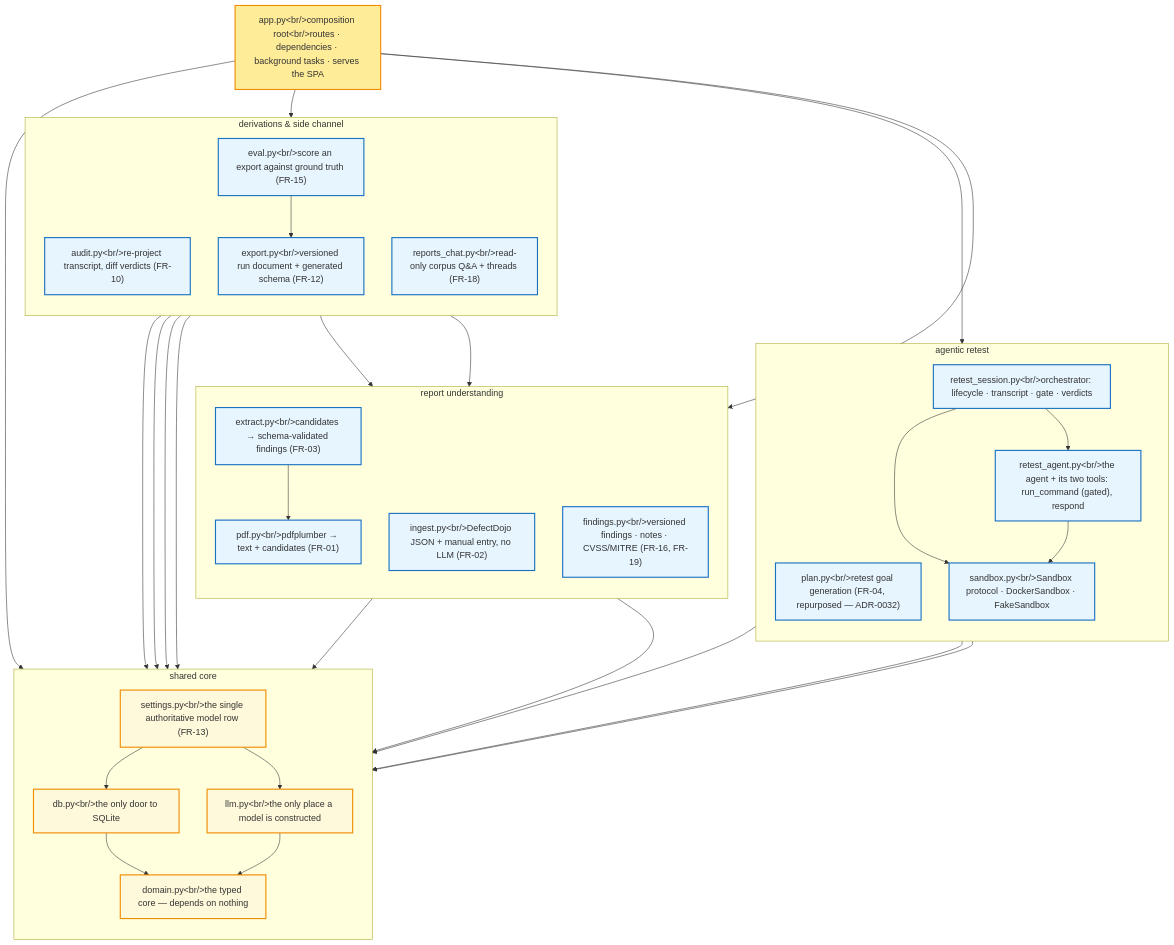
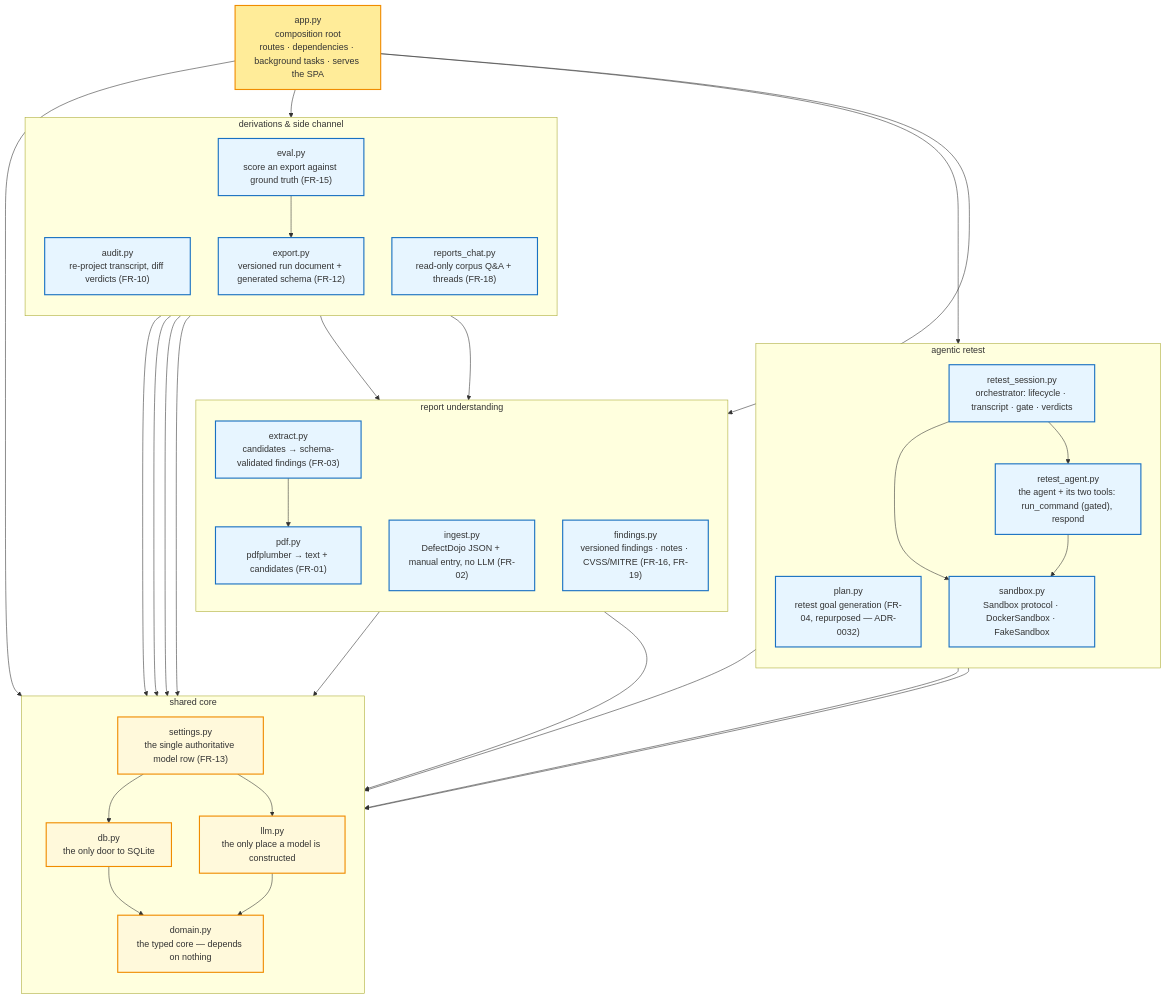
Before and after one commit to SelfishCoconut/revalid: the third of 8 diagrams in docs/architecture/c4.md, drawn with Mermaid. The commit also changed other lines of this file and 5 other files, not shown here.

First line of the commit message:
fix(docs): every mermaid diagram rendered as a "Syntax error" bomb (#154) (#155)

````diff
--- a/docs/architecture/c4.md
+++ b/docs/architecture/c4.md
@@ -78,69 +78,69 @@
 ```mermaid
 flowchart TB
-    APP["app.py&lt;br/&gt;composition root&lt;br/&gt;routes · dependencies · background tasks · serves the SPA"]
+    APP["app.py<br/>composition root<br/>routes · dependencies · background tasks · serves the SPA"]
 
     subgraph UND["report understanding"]
         direction TB
-        PDF["pdf.py&lt;br/&gt;pdfplumber → text + candidates (FR-01)"]
-        EXT["extract.py&lt;br/&gt;candidates → schema-validated findings (FR-03)"]
-        IGS["ingest.py&lt;br/&gt;DefectDojo JSON + manual entry, no LLM (FR-02)"]
-        FND["findings.py&lt;br/&gt;versioned findings · notes · CVSS/MITRE (FR-16, FR-19)"]
+        PDF["pdf.py<br/>pdfplumber → text + candidates (FR-01)"]
+        EXT["extract.py<br/>candidates → schema-validated findings (FR-03)"]
+        IGS["ingest.py<br/>DefectDojo JSON + manual entry, no LLM (FR-02)"]
+        FND["findings.py<br/>versioned findings · notes · CVSS/MITRE (FR-16, FR-19)"]
     end
 
     subgraph RET["agentic retest"]
         direction TB
-        PLN["plan.py&lt;br/&gt;retest goal generation (FR-04, repurposed — ADR-0032)"]
-        RSS["retest_session.py&lt;br/&gt;orchestrator: lifecycle · transcript · gate · verdicts"]
-        RAG["retest_agent.py&lt;br/&gt;the agent + its two tools: run_command (gated), respond"]
-        SBX["sandbox.py&lt;br/&gt;Sandbox protocol · DockerSandbox · FakeSandbox"]
+        PLN["plan.py<br/>retest goal generation (FR-04, repurposed — ADR-0032)"]
+        RSS["retest_session.py<br/>orchestrator: lifecycle · transcript · gate · verdicts"]
+        RAG["retest_agent.py<br/>the agent + its two tools: run_command (gated), respond"]
+        SBX["sandbox.py<br/>Sandbox protocol · DockerSandbox · FakeSandbox"]
     end
 
     subgraph DER["derivations & side channel"]
         direction TB
-        AUD["audit.py&lt;br/&gt;re-project transcript, diff verdicts (FR-10)"]
-        EXP["export.py&lt;br/&gt;versioned run document + generated schema (FR-12)"]
-        EVL["eval.py&lt;br/&gt;score an export against ground truth (FR-15)"]
-        CHT["reports_chat.py&lt;br/&gt;read-only corpus Q&A + threads (FR-18)"]
+        AUD["audit.py<br/>re-project transcript, diff verdicts (FR-10)"]
+        EXP["export.py<br/>versioned run document + generated schema (FR-12)"]
+        EVL["eval.py<br/>score an export against ground truth (FR-15)"]
+        CHT["reports_chat.py<br/>read-only corpus Q&A + threads (FR-18)"]
     end
 
     subgraph CORE["shared core"]
         direction TB
-        DOM["domain.py&lt;br/&gt;the typed core — depends on nothing"]
-        DBM["db.py&lt;br/&gt;the only door to SQLite"]
-        LLMM["llm.py&lt;br/&gt;the only place a model is constructed"]
-        SET["settings.py&lt;br/&gt;the single authoritative model row (FR-13)"]
+        DOM["domain.py<br/>the typed core — depends on nothing"]
+        DBM["db.py<br/>the only door to SQLite"]
+        LLMM["llm.py<br/>the only place a model is constructed"]
+        SET["settings.py<br/>the single authoritative model row (FR-13)"]
     end
 
     APP --> UND
     APP --> RET
     APP --> DER
     APP --> SET
 
     EXT --> PDF
     EXT --> LLMM
     PLN --> LLMM
     RAG --> LLMM
     CHT --> LLMM
     CHT --> FND
     RSS --> RAG
     RSS --> SBX
     RAG --> SBX
     EXP --> FND
     EVL --> EXP
     SET --> LLMM
     FND --> DBM
     RSS --> DBM
     AUD --> DBM
     EXP --> DBM
     CHT --> DBM
     SET --> DBM
     DBM --> DOM
     LLMM --> DOM
 
     classDef root fill:#ffec99,stroke:#f08c00,stroke-width:2px
     classDef core fill:#fff9db,stroke:#f08c00,stroke-width:2px
     classDef comp fill:#e7f5ff,stroke:#1971c2,stroke-width:2px
     class APP root
     class DOM,DBM,LLMM,SET core
     class PDF,EXT,IGS,FND,PLN,RSS,RAG,SBX,AUD,EXP,EVL,CHT comp
 ```
````
